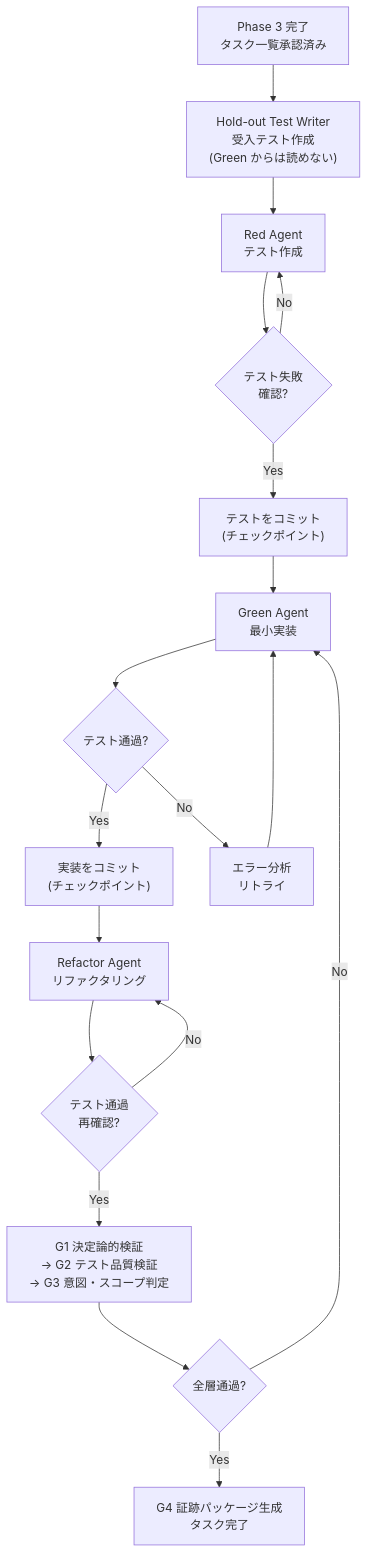
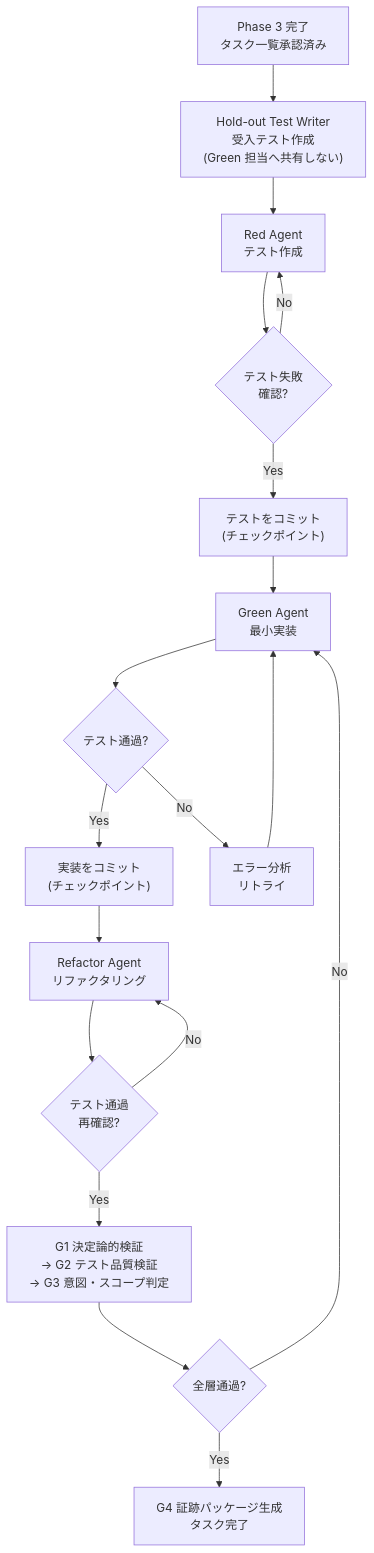
The diagram in qiita/public/j-six-03-tdd-cc.md (SeckeyJP/j-six-articles), drawn with Mermaid before and after one commit. The commit also changed other lines of this file and 5 other files, not shown here.

````diff
--- a/qiita/public/j-six-03-tdd-cc.md
+++ b/qiita/public/j-six-03-tdd-cc.md
@@ -112,20 +109,20 @@
 ```mermaid
 flowchart TD
-    A["Phase 3 完了<br>タスク一覧承認済み"] --> HO["Hold-out Test Writer<br>受入テスト作成<br>(Green からは読めない)"]
+    A["Phase 3 完了<br>タスク一覧承認済み"] --> HO["Hold-out Test Writer<br>受入テスト作成<br>(Green 担当へ共有しない)"]
     HO --> B["Red Agent<br>テスト作成"]
     B --> C{"テスト失敗<br>確認?"}
     C -- Yes --> D["テストをコミット<br>(チェックポイント)"]
     C -- No --> B
     D --> E["Green Agent<br>最小実装"]
     E --> F{"テスト通過?"}
     F -- Yes --> G["実装をコミット<br>(チェックポイント)"]
     F -- No --> H["エラー分析<br>リトライ"]
     H --> E
     G --> I["Refactor Agent<br>リファクタリング"]
     I --> J{"テスト通過<br>再確認?"}
     J -- Yes --> K["G1 決定論的検証<br>→ G2 テスト品質検証<br>→ G3 意図・スコープ判定"]
     J -- No --> I
     K --> L{"全層通過?"}
     L -- Yes --> M["G4 証跡パッケージ生成<br>タスク完了"]
     L -- No --> E
 ```
````
